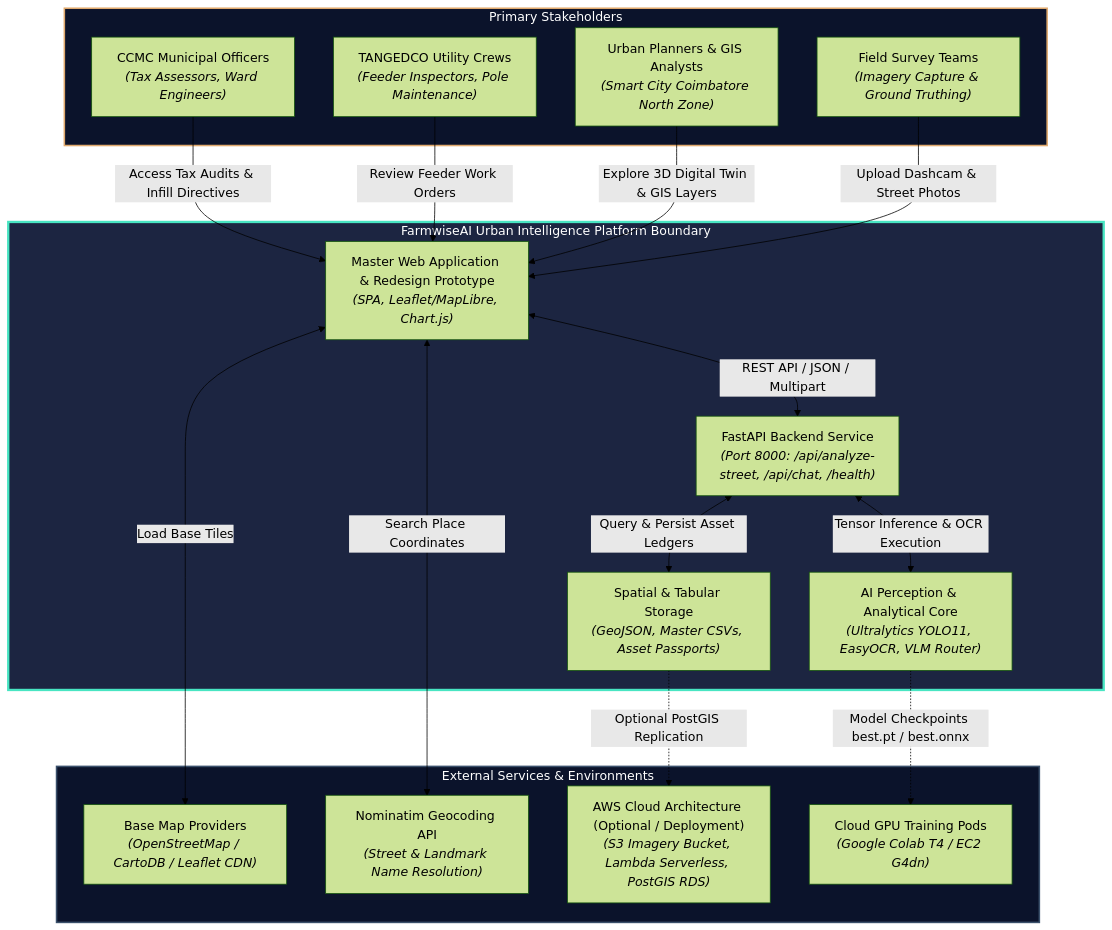
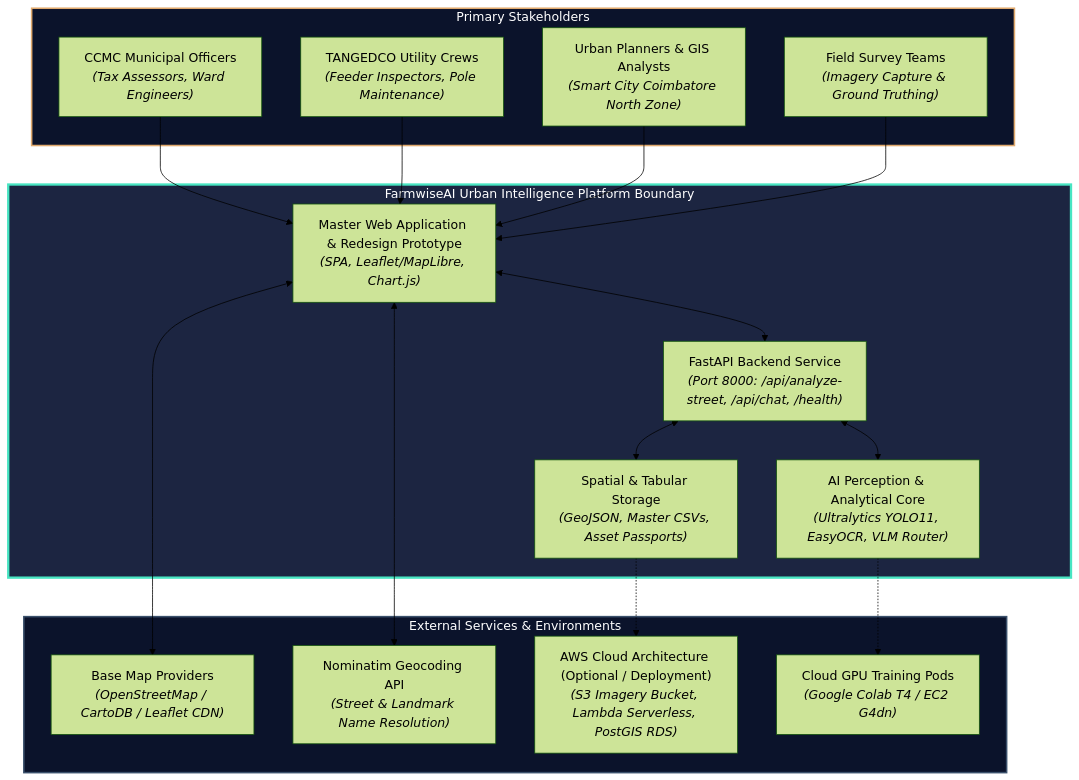
One commit to Vaigunth27-cloud/farm-ai changed the diagram in project_documentation/diagrams/02_system_context.mmd. Above: the diagram before and after it, drawn with Mermaid (forest theme). The commit also changed 25 other files, not shown here.

Commit message:
feat: render all 12 mermaid diagrams to high-res viewable PNG flowcharts and add visual gallery

```diff
--- a/project_documentation/diagrams/02_system_context.mmd
+++ b/project_documentation/diagrams/02_system_context.mmd
@@ -1,39 +1,39 @@
 graph TB
     subgraph Users["Primary Stakeholders"]
         MUNI["CCMC Municipal Officers<br/><i>(Tax Assessors, Ward Engineers)</i>"]
         UTIL["TANGEDCO Utility Crews<br/><i>(Feeder Inspectors, Pole Maintenance)</i>"]
         URBAN_PLANNER["Urban Planners & GIS Analysts<br/><i>(Smart City Coimbatore North Zone)</i>"]
         SURVEYOR["Field Survey Teams<br/><i>(Imagery Capture & Ground Truthing)</i>"]
     end
 
     subgraph FarmwiseAI["FarmwiseAI Urban Intelligence Platform Boundary"]
         DASHBOARD["Master Web Application & Redesign Prototype<br/><i>(SPA, Leaflet/MapLibre, Chart.js)</i>"]
         API_GW["FastAPI Backend Service<br/><i>(Port 8000: /api/analyze-street, /api/chat, /health)</i>"]
         AI_CORE["AI Perception & Analytical Core<br/><i>(Ultralytics YOLO11, EasyOCR, VLM Router)</i>"]
         GEO_STORE["Spatial & Tabular Storage<br/><i>(GeoJSON, Master CSVs, Asset Passports)</i>"]
     end
 
     subgraph External_Services["External Services & Environments"]
         MAP_TILES["Base Map Providers<br/><i>(OpenStreetMap / CartoDB / Leaflet CDN)</i>"]
         GEOCODING["Nominatim Geocoding API<br/><i>(Street & Landmark Name Resolution)</i>"]
         AWS_CLOUD["AWS Cloud Architecture (Optional / Deployment)<br/><i>(S3 Imagery Bucket, Lambda Serverless, PostGIS RDS)</i>"]
         COLAB_GPU["Cloud GPU Training Pods<br/><i>(Google Colab T4 / EC2 G4dn)</i>"]
     end
 
-    MUNI -->|Access Tax Audits & Infill Directives| DASHBOARD
-    UTIL -->|Review Feeder Work Orders| DASHBOARD
-    URBAN_PLANNER -->|Explore 3D Digital Twin & GIS Layers| DASHBOARD
-    SURVEYOR -->|Upload Dashcam & Street Photos| DASHBOARD
+    MUNI --> DASHBOARD
+    UTIL --> DASHBOARD
+    URBAN_PLANNER --> DASHBOARD
+    SURVEYOR --> DASHBOARD
 
-    DASHBOARD <-->|REST API / JSON / Multipart| API_GW
-    API_GW <-->|Tensor Inference & OCR Execution| AI_CORE
-    API_GW <-->|Query & Persist Asset Ledgers| GEO_STORE
-    DASHBOARD <-->|Load Base Tiles| MAP_TILES
-    DASHBOARD <-->|Search Place Coordinates| GEOCODING
+    DASHBOARD <--> API_GW
+    API_GW <--> AI_CORE
+    API_GW <--> GEO_STORE
+    DASHBOARD <--> MAP_TILES
+    DASHBOARD <--> GEOCODING
 
-    AI_CORE -.->|Model Checkpoints best.pt / best.onnx| COLAB_GPU
-    GEO_STORE -.->|Optional PostGIS Replication| AWS_CLOUD
+    AI_CORE -.-> COLAB_GPU
+    GEO_STORE -.-> AWS_CLOUD
 
     style Users fill:#0B132B,stroke:#E0A96D,stroke-width:2px,color:#FFFFFF
     style FarmwiseAI fill:#1C2541,stroke:#48E5C2,stroke-width:3px,color:#FFFFFF
     style External_Services fill:#0B132B,stroke:#3A506B,stroke-width:2px,color:#FFFFFF
```
